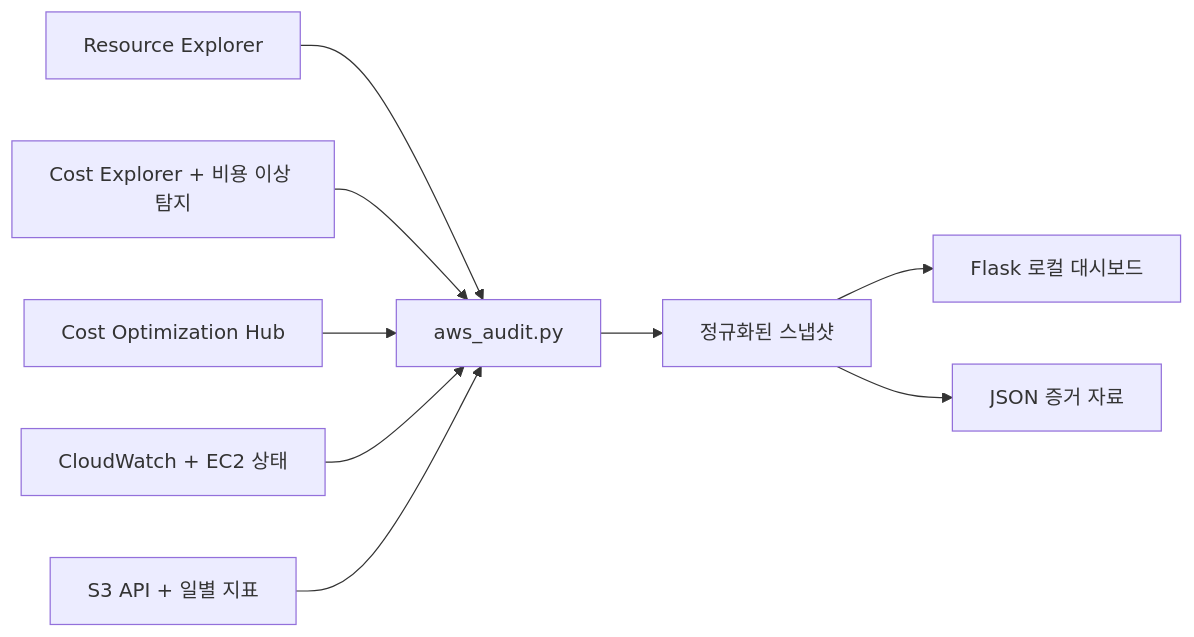
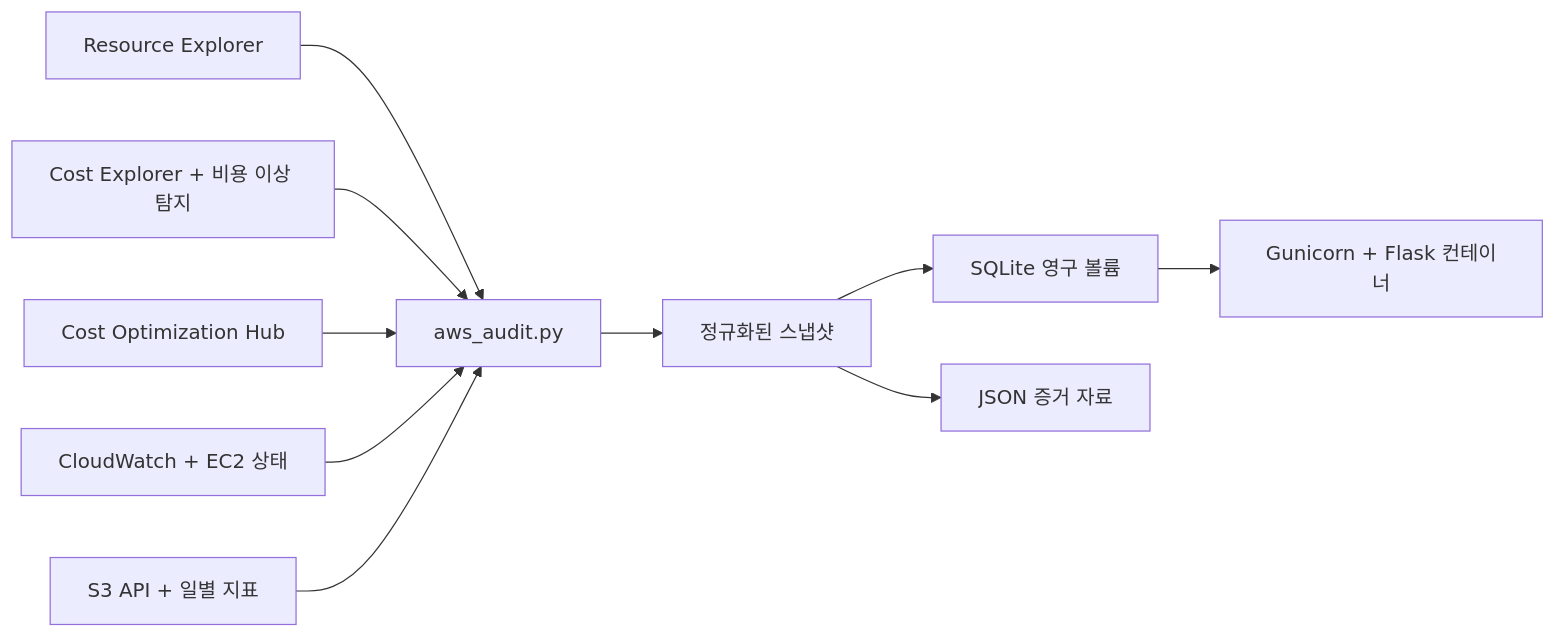
One commit to kevplaya/aws-tools changed the diagram in docs/architecture.md. Above: the diagram before and after it, drawn with Mermaid. The commit also changed other lines of this file and 12 other files, not shown here.

````diff
--- a/docs/architecture.md
+++ b/docs/architecture.md
@@ -7,11 +7,12 @@
 ```mermaid
 flowchart LR
     A["Resource Explorer"] --> F["aws_audit.py"]
     B["Cost Explorer + 비용 이상 탐지"] --> F
     C["Cost Optimization Hub"] --> F
     D["CloudWatch + EC2 상태"] --> F
     E["S3 API + 일별 지표"] --> F
     F --> G["정규화된 스냅샷"]
-    G --> H["Flask 로컬 대시보드"]
-    G --> I["JSON 증거 자료"]
+    G --> H["SQLite 영구 볼륨"]
+    H --> I["Gunicorn + Flask 컨테이너"]
+    G --> J["JSON 증거 자료"]
 ```
````
